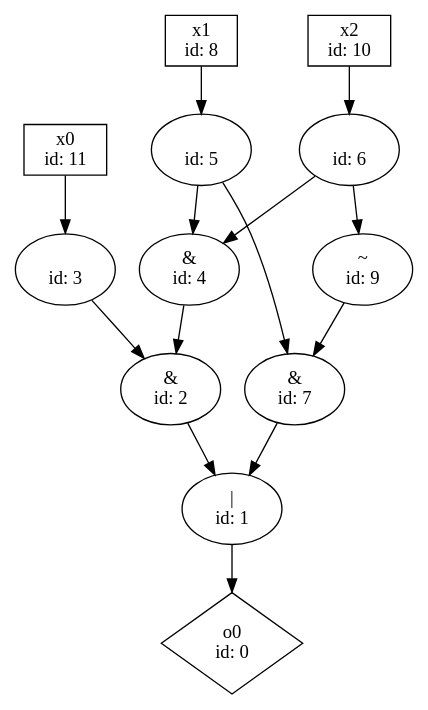
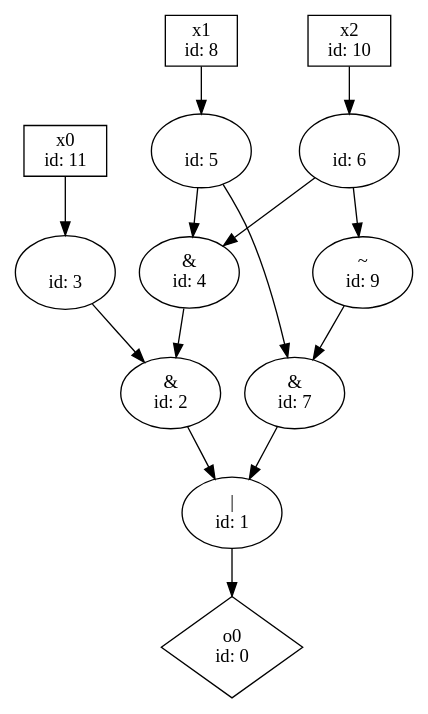
One commit to p9romain/bool-circuits changed the diagram in dot_files/bool_circ/from_one_str.dot. Above: the diagram before and after it, drawn with Graphviz. The commit also changed 88 other files, not shown here.

```diff
--- a/dot_files/bool_circ/from_one_str.dot
+++ b/dot_files/bool_circ/from_one_str.dot
@@ -1,27 +1,27 @@
 digraph G {
 n0 [label="o0\n id: 0",shape="diamond"];
 n1 [label="|\n id: 1"];
 n2 [label="&\n id: 2"];
-n3 [label=" \n id: 3"];
+n3 [label="\n id: 3"];
 n4 [label="&\n id: 4"];
-n5 [label=" \n id: 5"];
-n6 [label=" \n id: 6"];
+n5 [label="\n id: 5"];
+n6 [label="\n id: 6"];
 n7 [label="&\n id: 7"];
 n9 [label="~\n id: 9"];
 n11 [label="x0\n id: 11",shape="box"];
 n8 [label="x1\n id: 8",shape="box"];
 n10 [label="x2\n id: 10",shape="box"];
 n1 -> n0
 n2 -> n1
 n3 -> n2
 n4 -> n2
 n5 -> n4
 n5 -> n7
 n6 -> n4
 n6 -> n9
 n7 -> n1
 n9 -> n7
 n11 -> n3
 n8 -> n5
 n10 -> n6
 }
```
